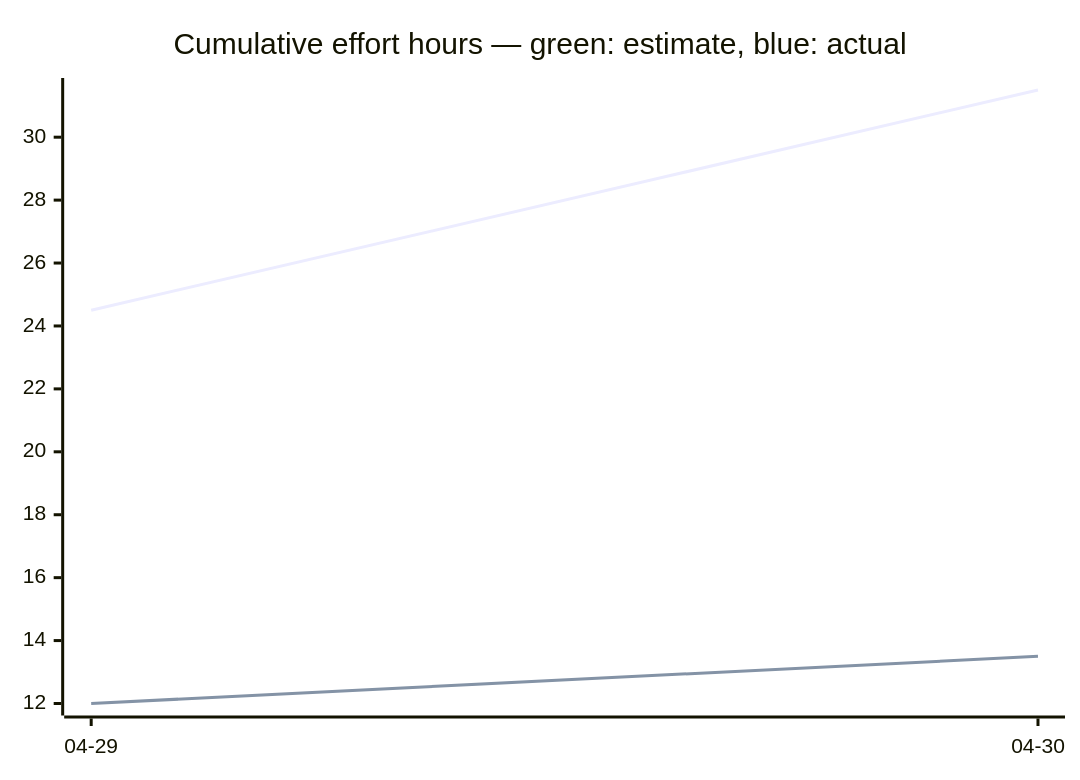
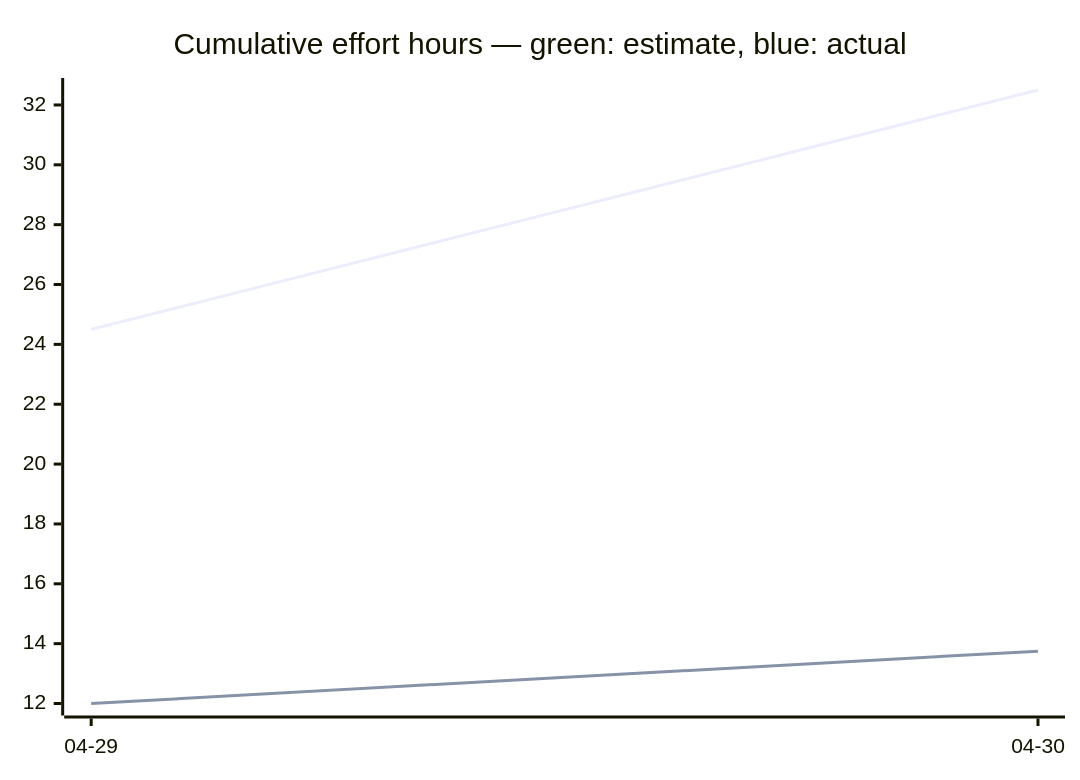
The third of 3 diagrams in docs/developers/tasks/OVERVIEW.md (tgd1975/AwesomeStudioPedal), drawn with Mermaid before and after one commit. The commit also changed other lines of this file and 4 other files, not shown here.

````diff
--- a/docs/developers/tasks/OVERVIEW.md
+++ b/docs/developers/tasks/OVERVIEW.md
@@ -38,7 +38,7 @@
 ```mermaid
 xychart-beta
     title "Cumulative effort hours — green: estimate, blue: actual"
     x-axis ["04-29", "04-30"]
-    line [24.5, 31.5]
-    line [12, 13.5]
+    line [24.5, 32.5]
+    line [12, 13.75]
 ```
````
